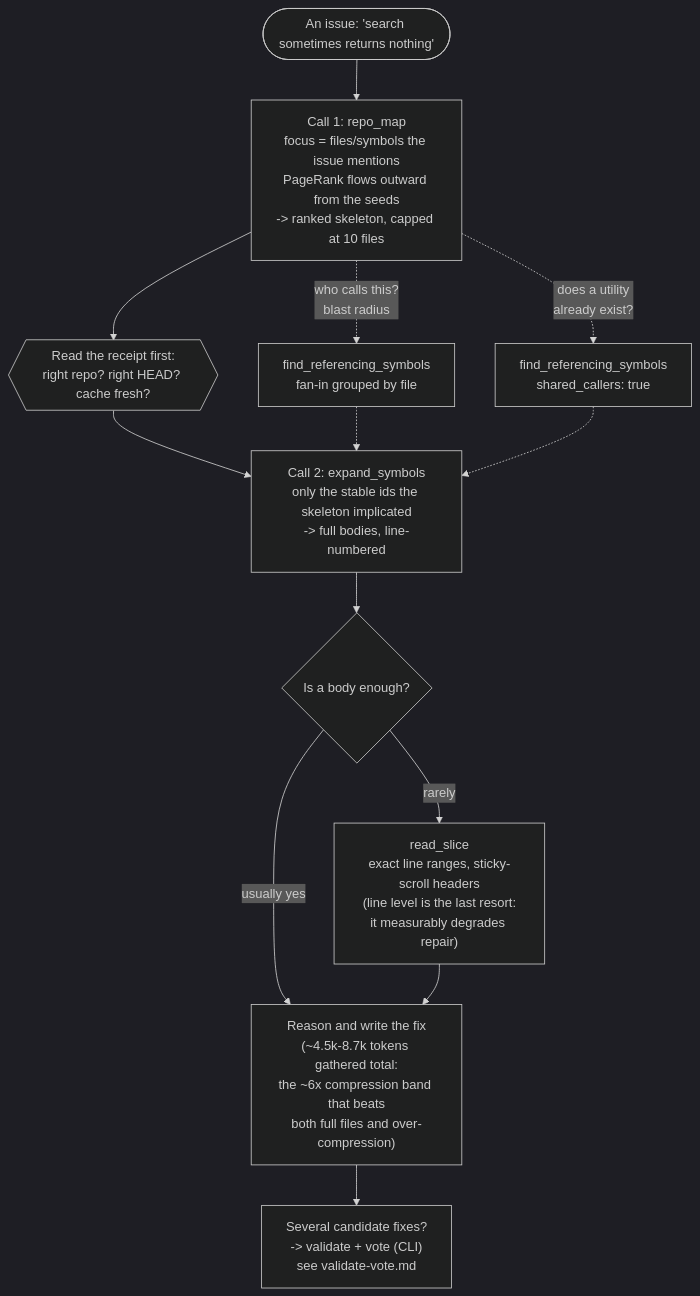
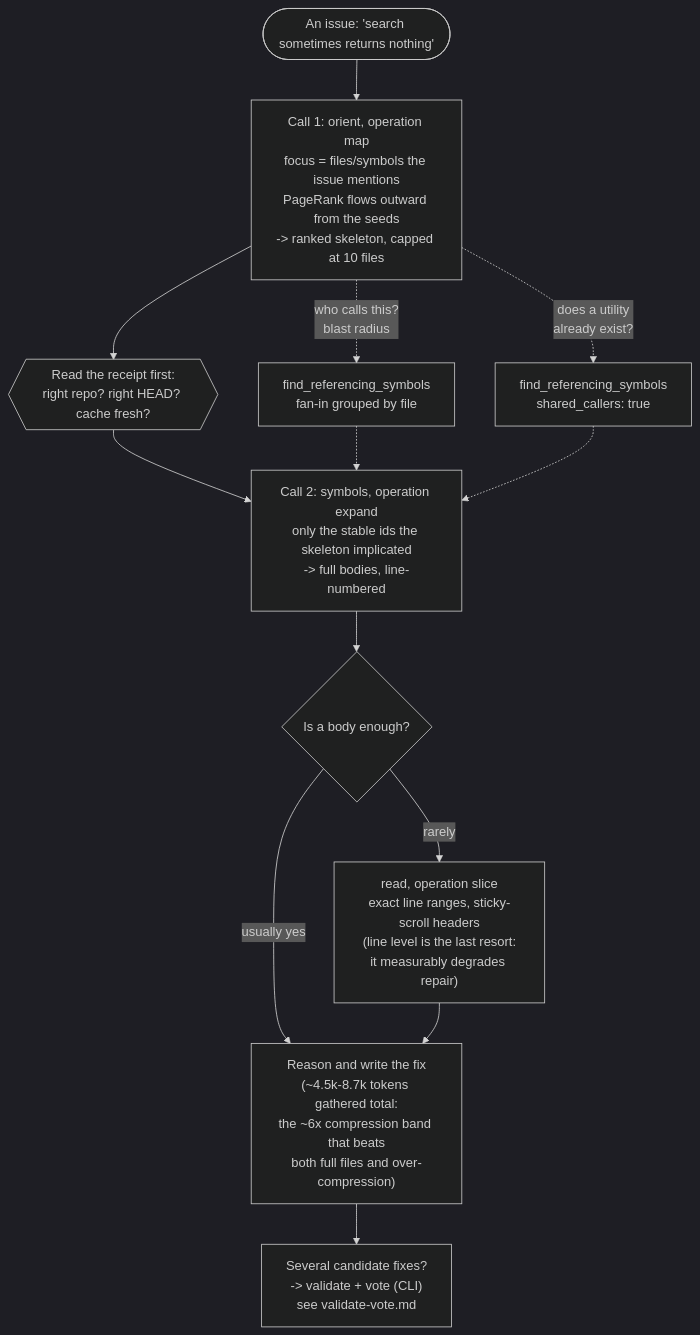
Before and after one commit to SolNine-Git/agentless-mcp: the diagram in docs/diagrams/funnel.md, drawn with Mermaid (dark theme).

Commit message:
docs: retarget the funnel diagram to the v2 surface
The 0.4.0 doc retarget missed the funnel: its nodes still presented
repo_map, expand_symbols and read_slice as the current call flow. Name
the v2 tools and operations instead (orient map, symbols expand, read
slice). Diagram structure and the encoded research constraints are
unchanged.

````diff
--- a/docs/diagrams/funnel.md
+++ b/docs/diagrams/funnel.md
@@ -7,22 +7,22 @@
 ```mermaid
 flowchart TD
     ISSUE(["An issue: 'search sometimes returns nothing'"])
 
-    ISSUE --> M["Call 1: repo_map\nfocus = files/symbols the issue mentions\nPageRank flows outward from the seeds\n-> ranked skeleton, capped at 10 files"]
+    ISSUE --> M["Call 1: orient, operation map\nfocus = files/symbols the issue mentions\nPageRank flows outward from the seeds\n-> ranked skeleton, capped at 10 files"]
 
     M --> READ{{"Read the receipt first:\nright repo? right HEAD? cache fresh?"}}
 
-    READ --> E["Call 2: expand_symbols\nonly the stable ids the skeleton implicated\n-> full bodies, line-numbered"]
+    READ --> E["Call 2: symbols, operation expand\nonly the stable ids the skeleton implicated\n-> full bodies, line-numbered"]
 
     E --> ENOUGH{"Is a body enough?"}
     ENOUGH -- "usually yes" --> FIX["Reason and write the fix\n(~4.5k-8.7k tokens gathered total:\nthe ~6x compression band that beats\nboth full files and over-compression)"]
-    ENOUGH -- "rarely" --> S["read_slice\nexact line ranges, sticky-scroll headers\n(line level is the last resort:\nit measurably degrades repair)"]
+    ENOUGH -- "rarely" --> S["read, operation slice\nexact line ranges, sticky-scroll headers\n(line level is the last resort:\nit measurably degrades repair)"]
     S --> FIX
 
     M -.->|"who calls this?\nblast radius"| R["find_referencing_symbols\nfan-in grouped by file"]
     M -.->|"does a utility\nalready exist?"| SC["find_referencing_symbols\nshared_callers: true"]
     R -.-> E
     SC -.-> E
 
     FIX --> V["Several candidate fixes?\n-> validate + vote (CLI)\nsee validate-vote.md"]
 ```
````
